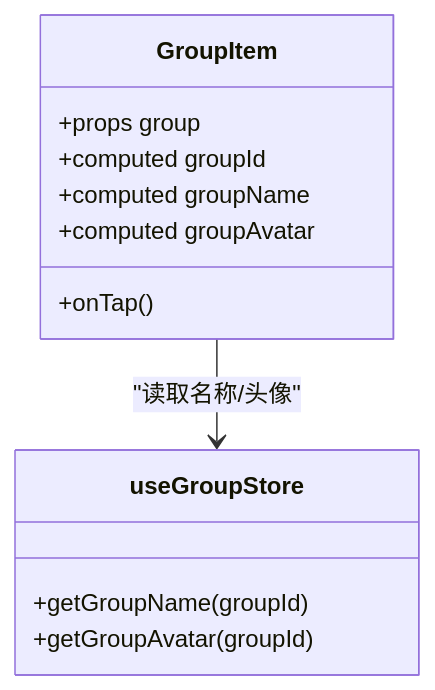
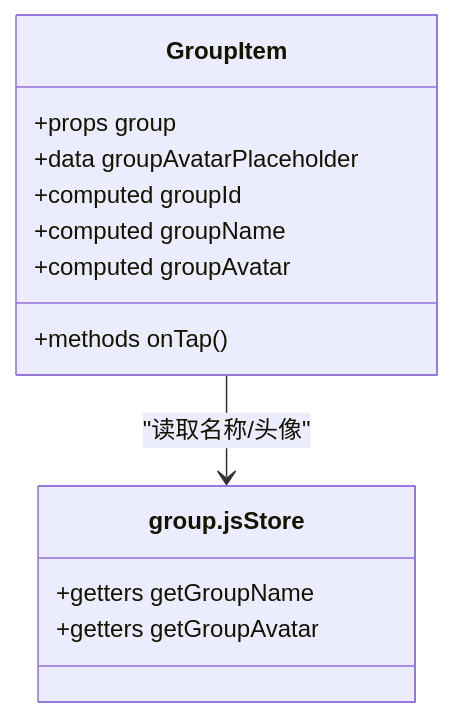
One commit to Easemob-Community/easemob-uikit-uniapp-community changed the fourth of 9 diagrams in .qoder/repowiki/zh/content/群组模块/群组模块.md. Above: the diagram before and after it, drawn with Mermaid. The commit also changed other lines of this file and 14 other files, not shown here.

````diff
--- a/.qoder/repowiki/zh/content/群组模块/群组模块.md
+++ b/.qoder/repowiki/zh/content/群组模块/群组模块.md
@@ -167,15 +167,16 @@
 ```mermaid
 classDiagram
 class GroupItem {
 +props group
++data groupAvatarPlaceholder
 +computed groupId
 +computed groupName
 +computed groupAvatar
-+onTap()
++methods onTap()
 }
-class useGroupStore {
-+getGroupName(groupId)
-+getGroupAvatar(groupId)
+class group.js Store {
++getters getGroupName
++getters getGroupAvatar
 }
-GroupItem --> useGroupStore : "读取名称/头像"
+GroupItem --> group.js Store : "读取名称/头像"
 ```
````
